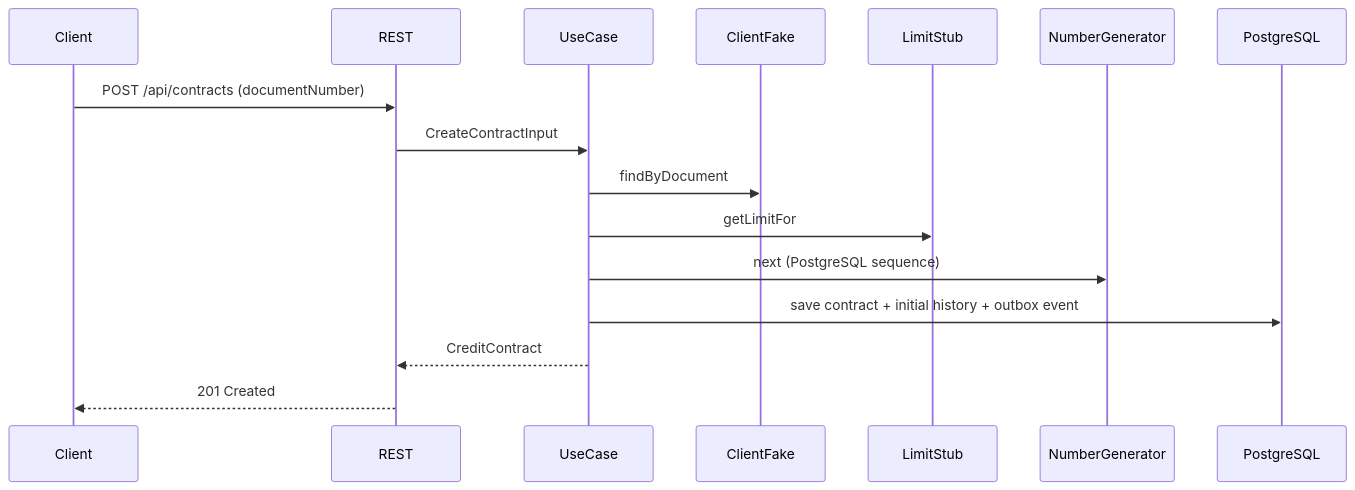
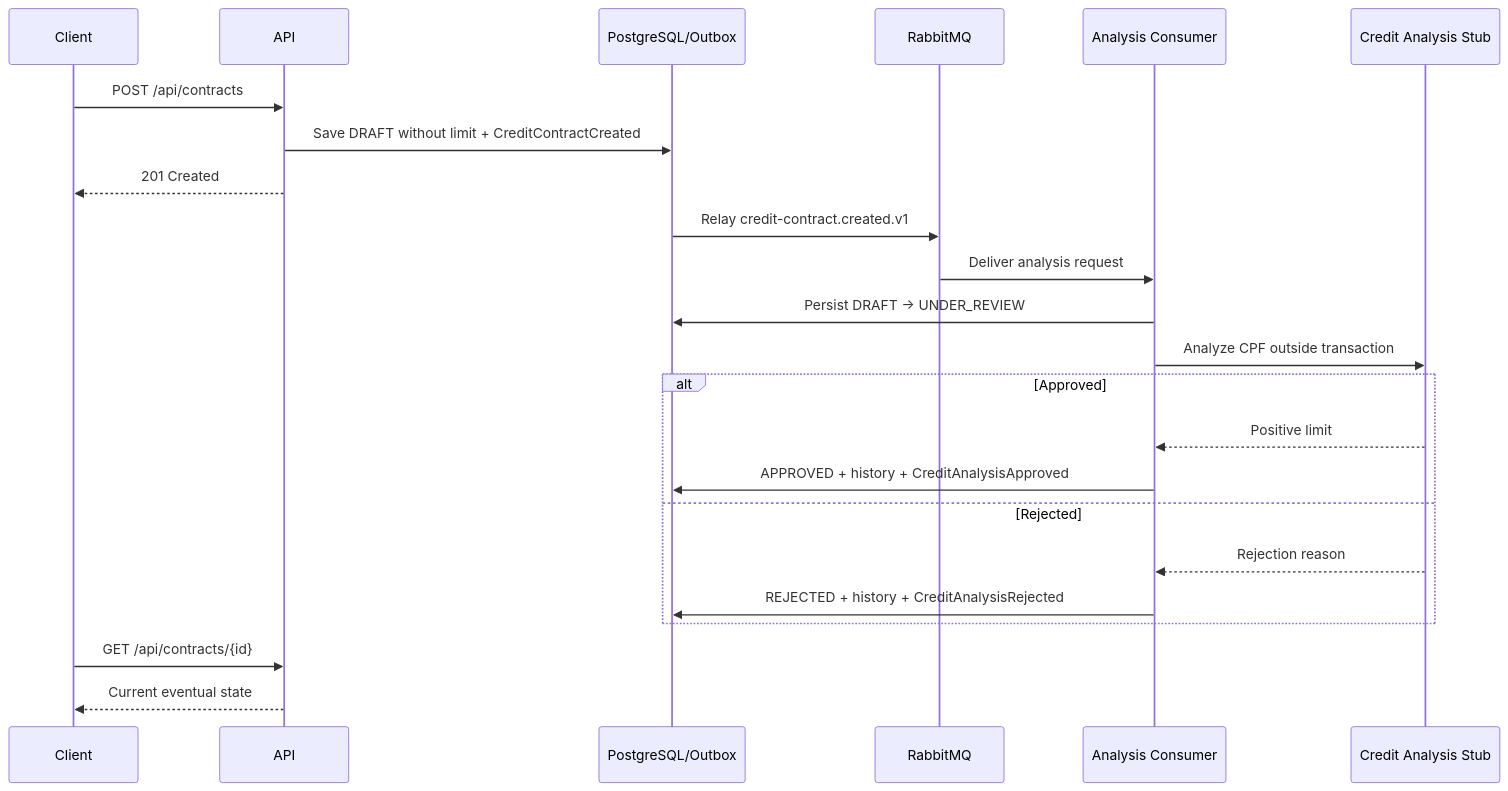
One commit to tmcly/credit-contract-manager changed the fifth of 6 diagrams in docs/architecture/overview.md. Above: the diagram before and after it, drawn with Mermaid. The commit also changed other lines of this file and 52 other files, not shown here.

Commit message:
feat: process credit analysis asynchronously

````diff
--- a/docs/architecture/overview.md
+++ b/docs/architecture/overview.md
@@ -154,19 +169,26 @@
 ```mermaid
 sequenceDiagram
     participant Client
-    participant REST
-    participant UseCase
-    participant ClientFake
-    participant LimitStub
-    participant NumberGenerator
-    participant PostgreSQL
+    participant API
+    participant DB as PostgreSQL/Outbox
+    participant MQ as RabbitMQ
+    participant Worker as Analysis Consumer
+    participant Engine as Credit Analysis Stub
 
-    Client->>REST: POST /api/contracts (documentNumber)
-    REST->>UseCase: CreateContractInput
-    UseCase->>ClientFake: findByDocument
-    UseCase->>LimitStub: getLimitFor
-    UseCase->>NumberGenerator: next (PostgreSQL sequence)
-    UseCase->>PostgreSQL: save contract + initial history + outbox event
-    UseCase-->>REST: CreditContract
-    REST-->>Client: 201 Created
+    Client->>API: POST /api/contracts
+    API->>DB: Save DRAFT without limit + CreditContractCreated
+    API-->>Client: 201 Created
+    DB->>MQ: Relay credit-contract.created.v1
+    MQ->>Worker: Deliver analysis request
+    Worker->>DB: Persist DRAFT -> UNDER_REVIEW
+    Worker->>Engine: Analyze CPF outside transaction
+    alt Approved
+        Engine-->>Worker: Positive limit
+        Worker->>DB: APPROVED + history + CreditAnalysisApproved
+    else Rejected
+        Engine-->>Worker: Rejection reason
+        Worker->>DB: REJECTED + history + CreditAnalysisRejected
+    end
+    Client->>API: GET /api/contracts/{id}
+    API-->>Client: Current eventual state
 ```
````
